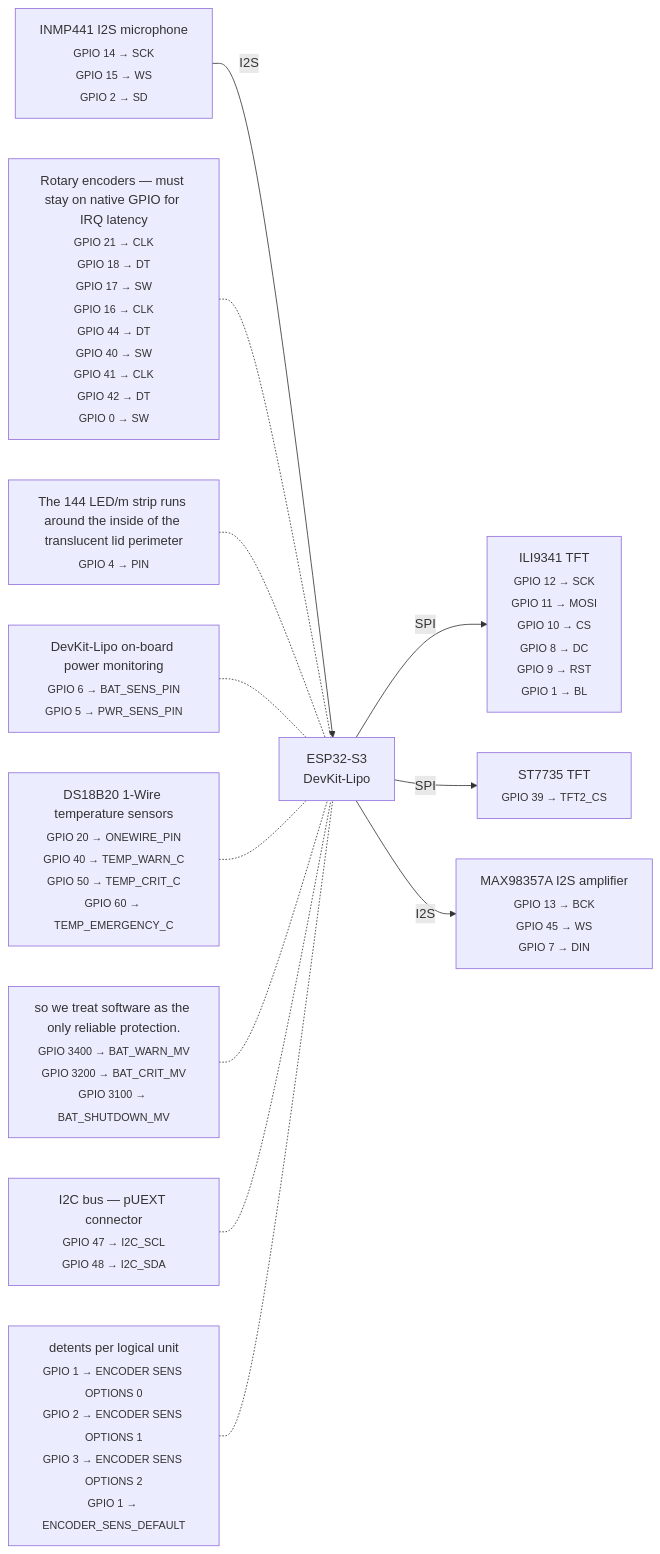
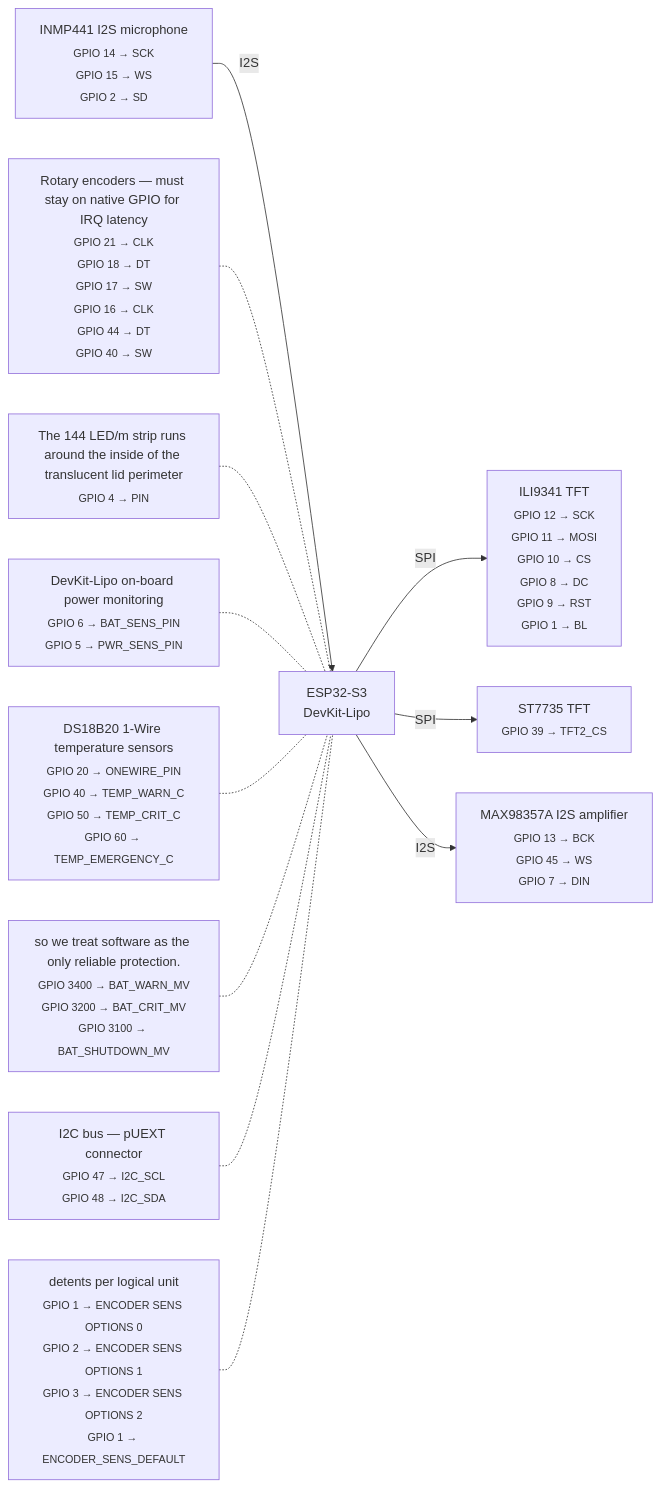
Before and after one commit to mandakan/bodn-esp32: the diagram in docs/wiring.md, drawn with Mermaid. The commit also changed other lines of this file and 7 other files, not shown here.

````diff
--- a/docs/wiring.md
+++ b/docs/wiring.md
@@ -8,38 +8,38 @@
 ```mermaid
 graph LR
     ESP["ESP32-S3<br/>DevKit-Lipo"]
 
     ILI9341TFT["ILI9341 TFT<br/><sub>GPIO 12 → SCK<br/>GPIO 11 → MOSI<br/>GPIO 10 → CS<br/>GPIO 8 → DC<br/>GPIO 9 → RST<br/>GPIO 1 → BL</sub>"]
     ESP -- SPI --> ILI9341TFT
 
     ST7735TFT["ST7735 TFT<br/><sub>GPIO 39 → TFT2_CS</sub>"]
     ESP -- SPI --> ST7735TFT
 
     INMP441I2Smicrophone["INMP441 I2S microphone<br/><sub>GPIO 14 → SCK<br/>GPIO 15 → WS<br/>GPIO 2 → SD</sub>"]
     INMP441I2Smicrophone -- I2S --> ESP
 
     MAX98357AI2Samplifier["MAX98357A I2S amplifier<br/><sub>GPIO 13 → BCK<br/>GPIO 45 → WS<br/>GPIO 7 → DIN</sub>"]
     ESP -- I2S --> MAX98357AI2Samplifier
 
-    RotaryencodersmuststayonnativeGPIOforIRQlatency["Rotary encoders — must stay on native GPIO for IRQ latency<br/><sub>GPIO 21 → CLK<br/>GPIO 18 → DT<br/>GPIO 17 → SW<br/>GPIO 16 → CLK<br/>GPIO 44 → DT<br/>GPIO 40 → SW<br/>GPIO 41 → CLK<br/>GPIO 42 → DT<br/>GPIO 0 → SW</sub>"]
+    RotaryencodersmuststayonnativeGPIOforIRQlatency["Rotary encoders — must stay on native GPIO for IRQ latency<br/><sub>GPIO 21 → CLK<br/>GPIO 18 → DT<br/>GPIO 17 → SW<br/>GPIO 16 → CLK<br/>GPIO 44 → DT<br/>GPIO 40 → SW</sub>"]
     RotaryencodersmuststayonnativeGPIOforIRQlatency -.- ESP
 
     The144LEDmstriprunsaroundtheinsideofthetranslucentlidperimeter["The 144 LED/m strip runs around the inside of the translucent lid perimeter<br/><sub>GPIO 4 → PIN</sub>"]
     The144LEDmstriprunsaroundtheinsideofthetranslucentlidperimeter -.- ESP
 
     DevKitLipoonboardpowermonitoring["DevKit-Lipo on-board power monitoring<br/><sub>GPIO 6 → BAT_SENS_PIN<br/>GPIO 5 → PWR_SENS_PIN</sub>"]
     DevKitLipoonboardpowermonitoring -.- ESP
 
     DS18B201Wiretemperaturesensors["DS18B20 1-Wire temperature sensors<br/><sub>GPIO 20 → ONEWIRE_PIN<br/>GPIO 40 → TEMP_WARN_C<br/>GPIO 50 → TEMP_CRIT_C<br/>GPIO 60 → TEMP_EMERGENCY_C</sub>"]
     DS18B201Wiretemperaturesensors -.- ESP
 
     sowetreatsoftwareastheonlyreliableprotection["so we treat software as the only reliable protection.<br/><sub>GPIO 3400 → BAT_WARN_MV<br/>GPIO 3200 → BAT_CRIT_MV<br/>GPIO 3100 → BAT_SHUTDOWN_MV</sub>"]
     sowetreatsoftwareastheonlyreliableprotection -.- ESP
 
     I2CbuspUEXTconnector["I2C bus — pUEXT connector<br/><sub>GPIO 47 → I2C_SCL<br/>GPIO 48 → I2C_SDA</sub>"]
     I2CbuspUEXTconnector -.- ESP
 
     detentsperlogicalunit["detents per logical unit<br/><sub>GPIO 1 → ENCODER SENS OPTIONS 0<br/>GPIO 2 → ENCODER SENS OPTIONS 1<br/>GPIO 3 → ENCODER SENS OPTIONS 2<br/>GPIO 1 → ENCODER_SENS_DEFAULT</sub>"]
     detentsperlogicalunit -.- ESP
 
 ```
````
